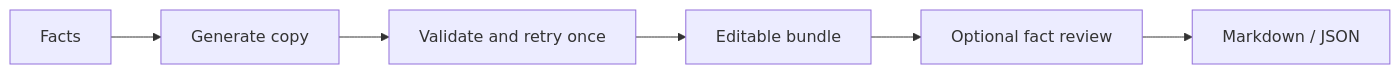
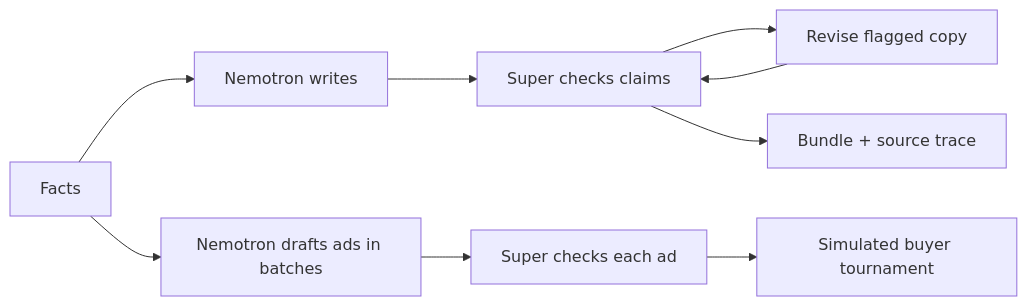
The diagram in README.md (kks0488/commerce-content-engine), drawn with Mermaid before and after one commit. The commit also changed other lines of this file and 12 other files, not shown here.

Commit message:
Tighten Nemotron copy review and bound batched tournament calls

````diff
--- a/README.md
+++ b/README.md
@@ -22,5 +22,7 @@
 ```mermaid
 flowchart LR
-  Facts --> Draft[Generate copy] --> Validate[Validate and retry once] --> Bundle[Editable bundle]
-  Bundle --> Guard[Optional fact review] --> Export[Markdown / JSON]
+  Facts --> Draft[Nemotron writes] --> Guard[Super checks claims]
+  Guard --> Revise[Revise flagged copy] --> Guard
+  Guard --> Export[Bundle + source trace]
+  Facts --> Variants[Nemotron drafts ads in batches] --> Gate[Super checks each ad] --> Tournament[Simulated buyer tournament]
 ```
````
